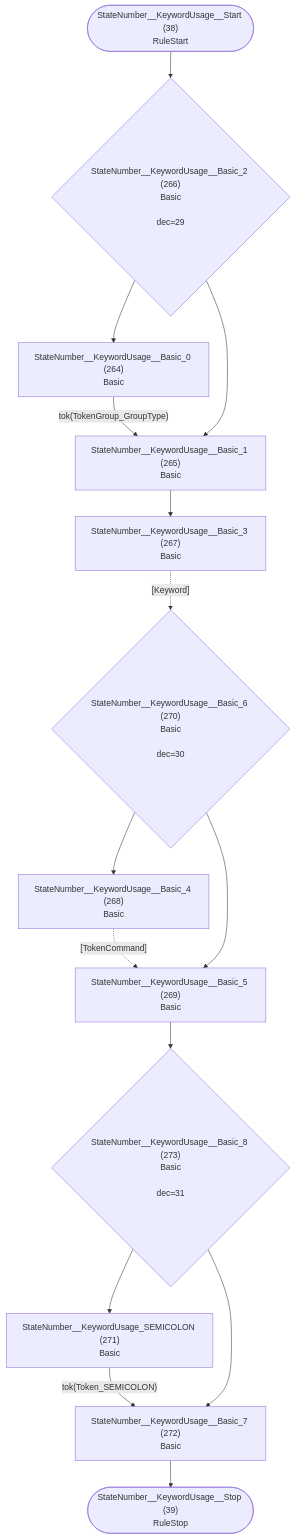
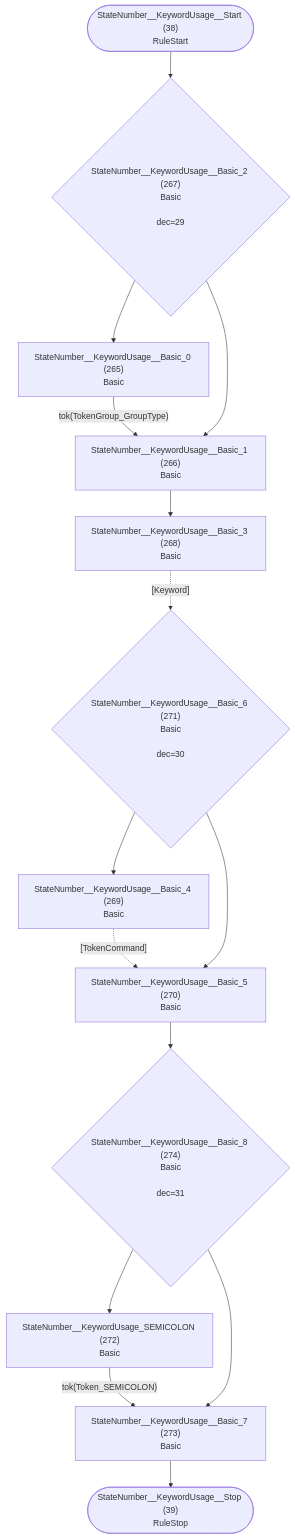
One commit to TypeFox/fastbelt changed diagram 20 of 36 in internal/grammar/atn.md. Above: the diagram before and after it, drawn with Mermaid. The commit also changed other lines of this file and 9 other files, not shown here.

Commit message:
Add token mode's keyword usages + Bootstrap

````diff
--- a/internal/grammar/atn.md
+++ b/internal/grammar/atn.md
@@ -619,30 +621,30 @@
 ```mermaid
 flowchart TD
     q38(["StateNumber__KeywordUsage__Start (38)<br/>RuleStart"])
     q39(["StateNumber__KeywordUsage__Stop (39)<br/>RuleStop"])
-    q264["StateNumber__KeywordUsage__Basic_0 (264)<br/>Basic<br/>"]
-    q265["StateNumber__KeywordUsage__Basic_1 (265)<br/>Basic<br/>"]
-    q266{"StateNumber__KeywordUsage__Basic_2 (266)<br/>Basic<br/><br/>dec=29"}
-    q267["StateNumber__KeywordUsage__Basic_3 (267)<br/>Basic<br/>"]
-    q268["StateNumber__KeywordUsage__Basic_4 (268)<br/>Basic<br/>"]
-    q269["StateNumber__KeywordUsage__Basic_5 (269)<br/>Basic<br/>"]
-    q270{"StateNumber__KeywordUsage__Basic_6 (270)<br/>Basic<br/><br/>dec=30"}
-    q271["StateNumber__KeywordUsage_SEMICOLON (271)<br/>Basic<br/>"]
-    q272["StateNumber__KeywordUsage__Basic_7 (272)<br/>Basic<br/>"]
-    q273{"StateNumber__KeywordUsage__Basic_8 (273)<br/>Basic<br/><br/>dec=31"}
+    q265["StateNumber__KeywordUsage__Basic_0 (265)<br/>Basic<br/>"]
+    q266["StateNumber__KeywordUsage__Basic_1 (266)<br/>Basic<br/>"]
+    q267{"StateNumber__KeywordUsage__Basic_2 (267)<br/>Basic<br/><br/>dec=29"}
+    q268["StateNumber__KeywordUsage__Basic_3 (268)<br/>Basic<br/>"]
+    q269["StateNumber__KeywordUsage__Basic_4 (269)<br/>Basic<br/>"]
+    q270["StateNumber__KeywordUsage__Basic_5 (270)<br/>Basic<br/>"]
+    q271{"StateNumber__KeywordUsage__Basic_6 (271)<br/>Basic<br/><br/>dec=30"}
+    q272["StateNumber__KeywordUsage_SEMICOLON (272)<br/>Basic<br/>"]
+    q273["StateNumber__KeywordUsage__Basic_7 (273)<br/>Basic<br/>"]
+    q274{"StateNumber__KeywordUsage__Basic_8 (274)<br/>Basic<br/><br/>dec=31"}
 
-    q38 --> q266
-    q264 -->|"tok(TokenGroup_GroupType)"| q265
-    q265 --> q267
-    q266 --> q264
-    q266 --> q265
-    q267 -.->|"[Keyword]"| q270
-    q268 -.->|"[TokenCommand]"| q269
-    q269 --> q273
-    q270 --> q268
-    q270 --> q269
-    q271 -->|"tok(Token_SEMICOLON)"| q272
-    q272 --> q39
-    q273 --> q271
-    q273 --> q272
+    q38 --> q267
+    q265 -->|"tok(TokenGroup_GroupType)"| q266
+    q266 --> q268
+    q267 --> q265
+    q267 --> q266
+    q268 -.->|"[Keyword]"| q271
+    q269 -.->|"[TokenCommand]"| q270
+    q270 --> q274
+    q271 --> q269
+    q271 --> q270
+    q272 -->|"tok(Token_SEMICOLON)"| q273
+    q273 --> q39
+    q274 --> q272
+    q274 --> q273
 ```
````
